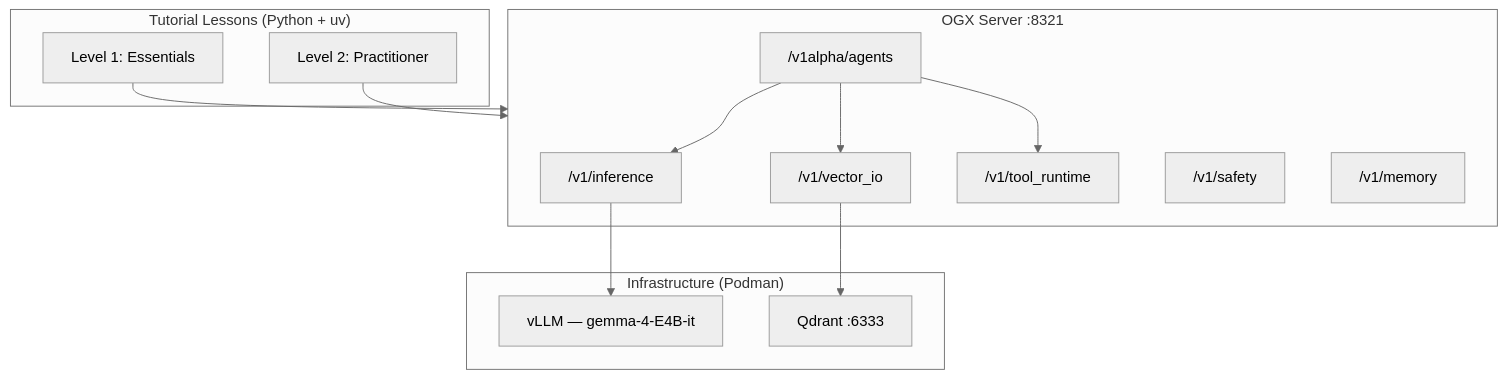
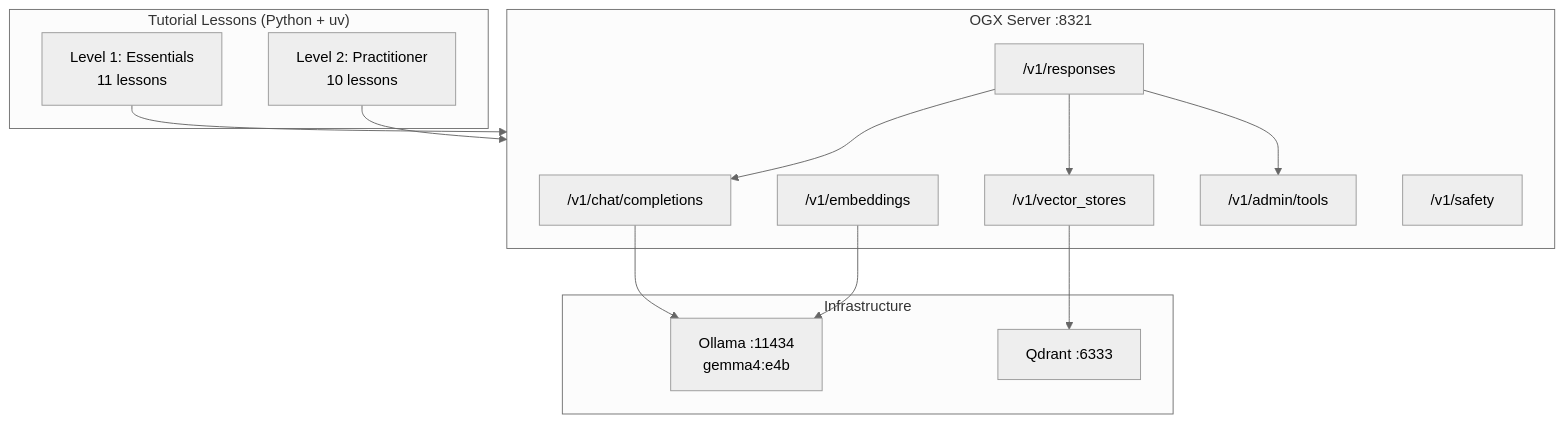
The diagram in README.md (lukaskellerstein/ogx-tutorial), drawn with Mermaid (neutral theme) before and after one commit. The commit also changed other lines of this file and 59 other files, not shown here.

First line of the commit message:
Expand tutorial to 21 lessons with full Level 2 curriculum

````diff
--- a/README.md
+++ b/README.md
@@ -22,29 +23,30 @@
 ```mermaid
 graph TD
     subgraph Tutorial["Tutorial Lessons (Python + uv)"]
-        L1["Level 1: Essentials"]
-        L2["Level 2: Practitioner"]
+        L1["Level 1: Essentials<br/>11 lessons"]
+        L2["Level 2: Practitioner<br/>10 lessons"]
     end
 
     subgraph OGX["OGX Server :8321"]
-        INF["/v1/inference"]
-        VEC["/v1/vector_io"]
-        AGT["/v1alpha/agents"]
-        TRT["/v1/tool_runtime"]
+        CHAT["/v1/chat/completions"]
+        EMB["/v1/embeddings"]
+        RESP["/v1/responses"]
+        VS["/v1/vector_stores"]
+        TOOLS["/v1/admin/tools"]
         SAF["/v1/safety"]
-        MEM["/v1/memory"]
     end
 
-    subgraph Infra["Infrastructure (Podman)"]
-        VLLM["vLLM — gemma-4-E4B-it"]
+    subgraph Infra["Infrastructure"]
+        OL["Ollama :11434<br/>gemma4:e4b"]
         QD["Qdrant :6333"]
     end
 
     L1 --> OGX
     L2 --> OGX
-    INF --> VLLM
-    VEC --> QD
-    AGT --> INF
-    AGT --> VEC
-    AGT --> TRT
+    CHAT --> OL
+    EMB --> OL
+    RESP --> CHAT
+    RESP --> VS
+    RESP --> TOOLS
+    VS --> QD
 ```
````
